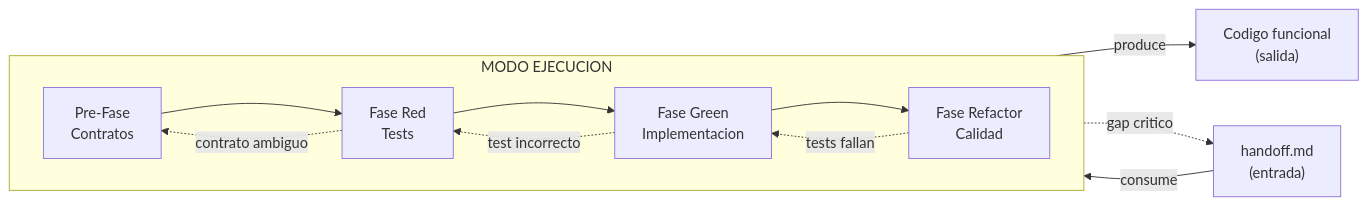
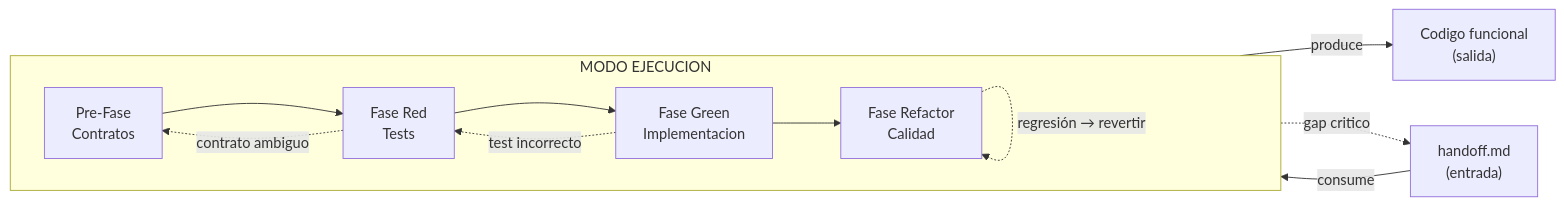
The first of 6 diagrams in docs/execution/README.md (virgenherrera/idea-to-mvp), drawn with Mermaid before and after one commit. The commit also changed other lines of this file and 6 other files, not shown here.

````diff
--- a/docs/execution/README.md
+++ b/docs/execution/README.md
@@ -28,23 +28,23 @@
 ```mermaid
 flowchart LR
     HANDOFF["handoff.md\n(entrada)"]
 
     subgraph EXEC["MODO EJECUCION"]
         direction LR
         C["Pre-Fase\nContratos"]
         R["Fase Red\nTests"]
         G["Fase Green\nImplementacion"]
         RF["Fase Refactor\nCalidad"]
         C --> R --> G --> RF
     end
 
     CODE["Codigo funcional\n(salida)"]
 
     HANDOFF -->|"consume"| C
     RF -->|"produce"| CODE
 
-    RF -.->|"tests fallan"| G
+    RF -.->|"regresión → revertir"| RF
     G -.->|"test incorrecto"| R
     R -.->|"contrato ambiguo"| C
     C -.->|"gap critico"| HANDOFF
 ```
````
